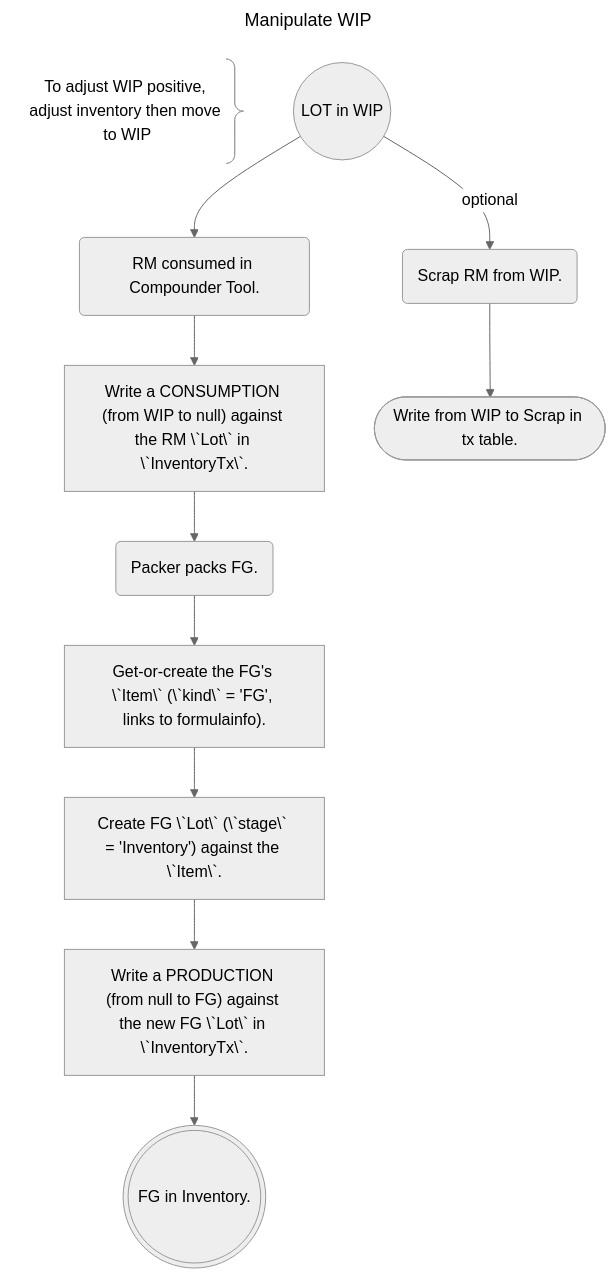
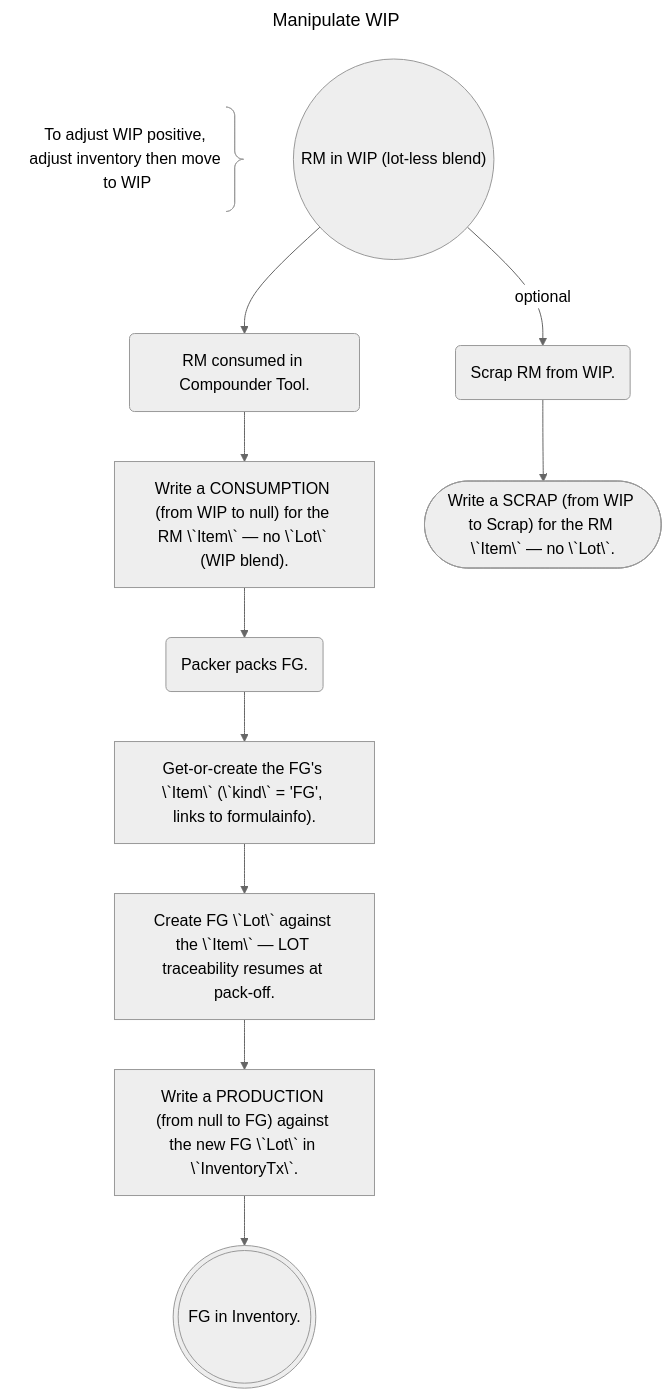
One commit to afi-spencerd/RSM changed the fifth of 8 diagrams in src/tx_table_proposal.md. Above: the diagram before and after it, drawn with Mermaid (neutral theme). The commit also changed other lines of this file, not shown here.

First line of the commit message:
docs: make ledger item-keyed with optional lot (match fw3)

````diff
--- a/src/tx_table_proposal.md
+++ b/src/tx_table_proposal.md
@@ -176,20 +176,20 @@
 ```mermaid
 ---
 title: Manipulate WIP
 ---
 flowchart TB
   A@{ shape: brace-r, label: "To adjust WIP positive, adjust inventory then move to WIP"}
-  lot_in_wip(("LOT in WIP"))
+  rm_in_wip(("RM in WIP (lot-less blend)"))
   consume_rm("RM consumed in Compounder Tool.")
-  tx_consume_rm["Write a CONSUMPTION (from WIP to null) against the RM \`Lot\` in \`InventoryTx\`."]
+  tx_consume_rm["Write a CONSUMPTION (from WIP to null) for the RM \`Item\` — no \`Lot\` (WIP blend)."]
   scrap_wip_rm("Scrap RM from WIP.")
-  tx_scrap_wip_rm(["Write from WIP to Scrap in tx table."])
+  tx_scrap_wip_rm(["Write a SCRAP (from WIP to Scrap) for the RM \`Item\` — no \`Lot\`."])
   pack_fg("Packer packs FG.")
   ensure_item_fg["Get-or-create the FG's \`Item\` (\`kind\` = 'FG', links to formulainfo)."]
-  create_fg["Create FG \`Lot\` (\`stage\` = 'Inventory') against the \`Item\`."]
+  create_fg["Create FG \`Lot\` against the \`Item\` — LOT traceability resumes at pack-off."]
   tx_create_fg["Write a PRODUCTION (from null to FG) against the new FG \`Lot\` in \`InventoryTx\`."]
   fg_in_inventory((("FG in Inventory.")))
 
-  lot_in_wip -->|optional| scrap_wip_rm --> tx_scrap_wip_rm
-  lot_in_wip --> consume_rm --> tx_consume_rm --> pack_fg --> ensure_item_fg --> create_fg --> tx_create_fg --> fg_in_inventory
+  rm_in_wip -->|optional| scrap_wip_rm --> tx_scrap_wip_rm
+  rm_in_wip --> consume_rm --> tx_consume_rm --> pack_fg --> ensure_item_fg --> create_fg --> tx_create_fg --> fg_in_inventory
 ```
````
